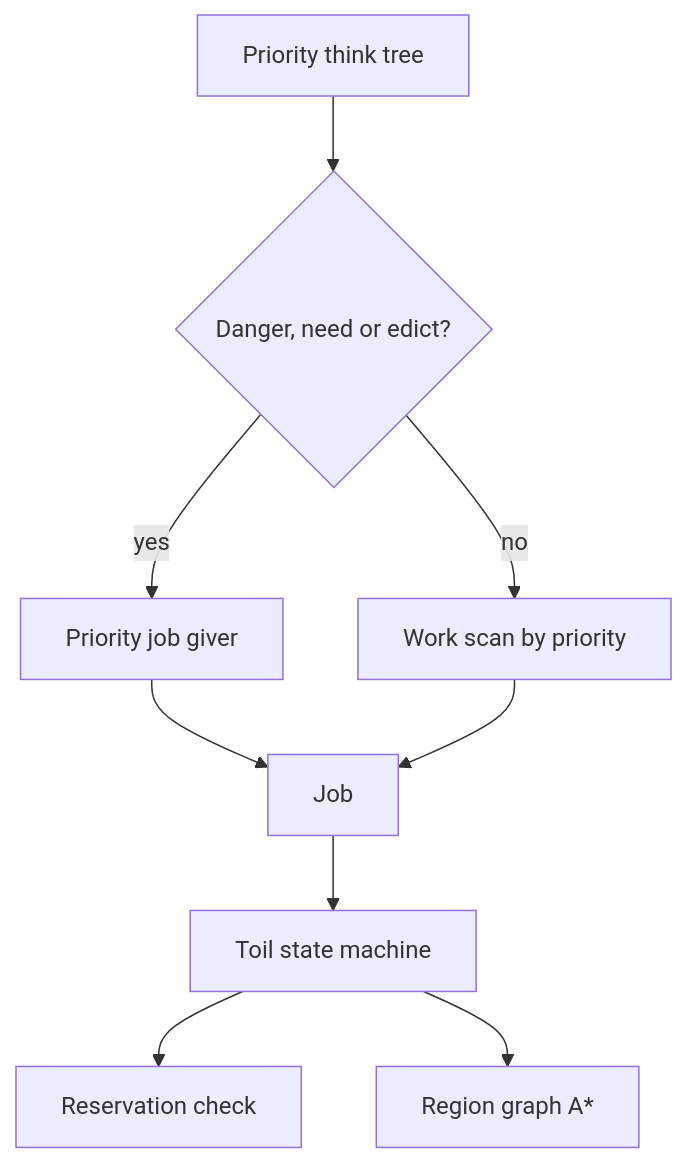
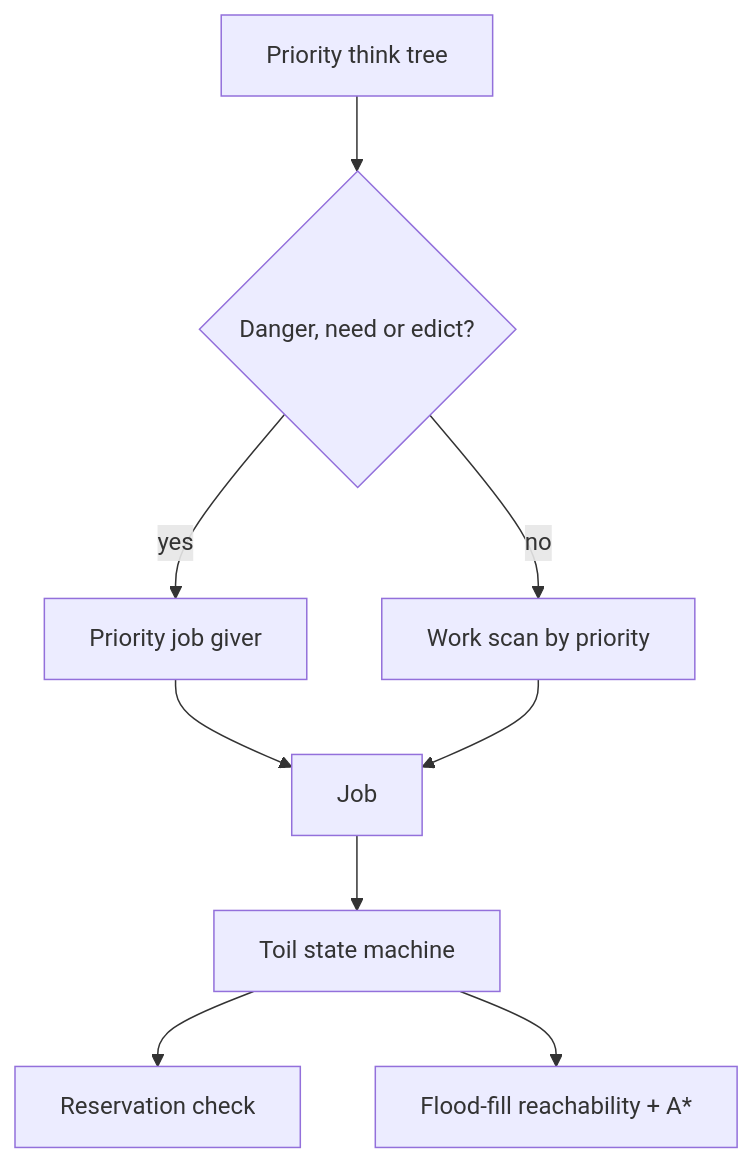
One commit to m2windham/simWorld changed the eighth of 13 diagrams in docs/spec/simworld-spec.md. Above: the diagram before and after it, drawn with Mermaid. The commit also changed other lines of this file and 39 other files, not shown here.

````diff
--- a/docs/spec/simworld-spec.md
+++ b/docs/spec/simworld-spec.md
@@ -416,11 +432,11 @@
 ```mermaid
 flowchart TD
   Tree[Priority think tree] --> Override{Danger, need or edict?}
   Override -->|yes| Priority[Priority job giver]
   Override -->|no| Work[Work scan by priority]
   Priority --> Job
   Work --> Job
   Job --> Toils[Toil state machine]
   Toils --> Reserve[Reservation check]
-  Toils --> Path[Region graph A*]
+  Toils --> Path[Flood-fill reachability + A*]
 ```
````
